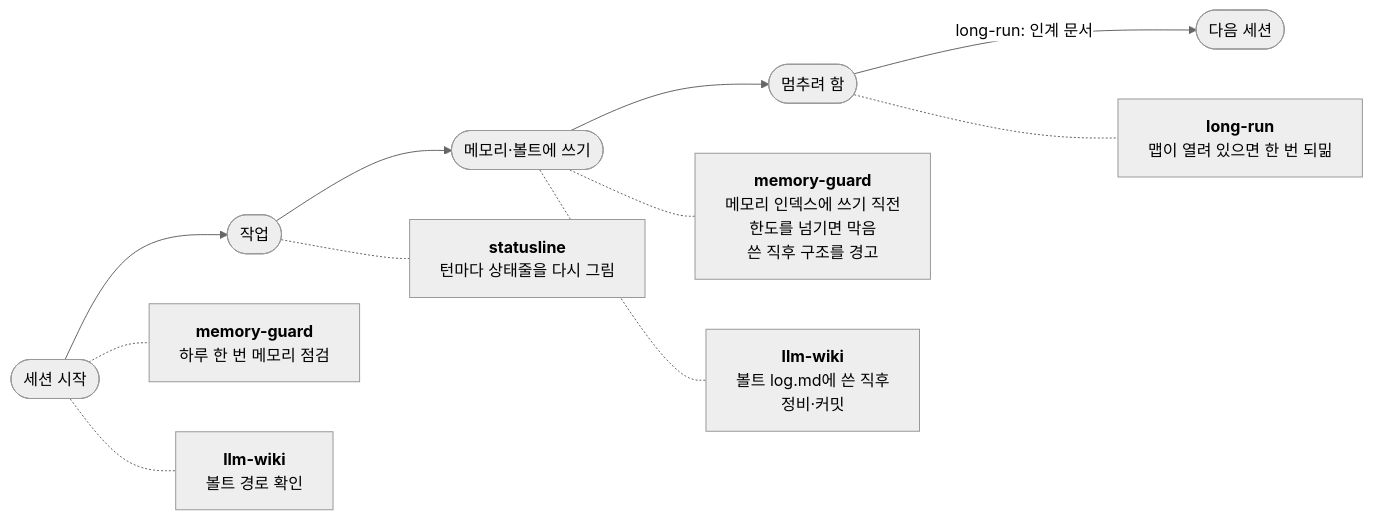
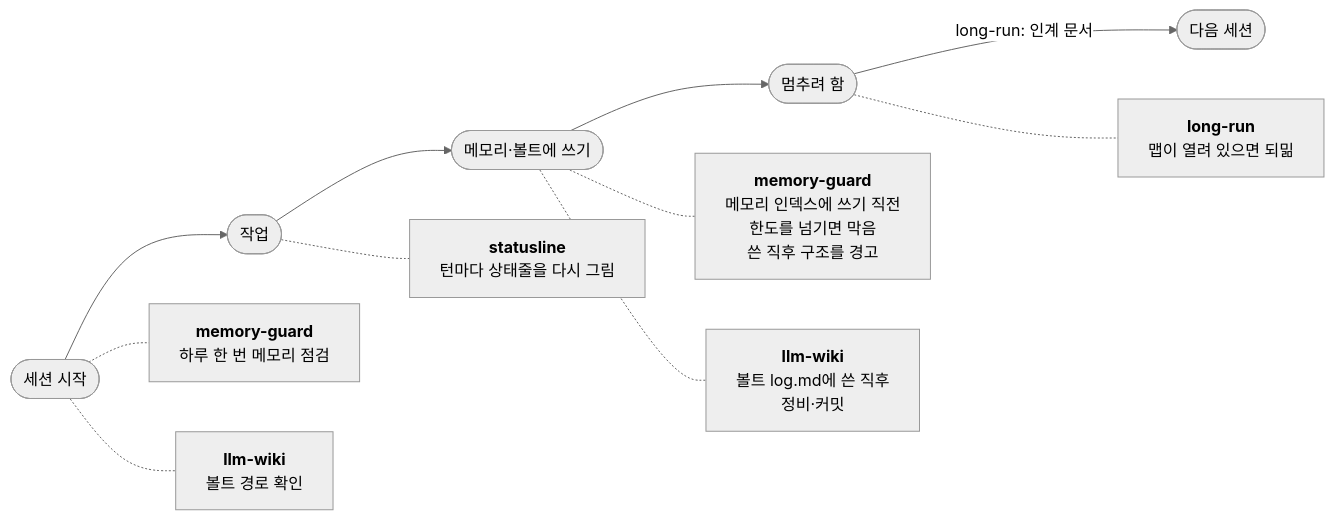
Before and after one commit to aydenden/cc-plugins: the diagram in README.md, drawn with Mermaid (neutral theme). The commit also changed other lines of this file and 19 other files, not shown here.

First line of the commit message:
feat(long-run): 0.12.0 — 되밂 누락을 고치고 답 없는 질문의 진행을 막으며 맵 위임을 싣는다

````diff
--- a/README.md
+++ b/README.md
@@ -48,12 +48,12 @@
 ```mermaid
 flowchart LR
   S(["세션 시작"]) --> W(["작업"]) --> F(["메모리·볼트에 쓰기"]) --> P(["멈추려 함"])
   P -- "long-run: 인계 문서" --> N(["다음 세션"])
 
   S -.- S1["<b>memory-guard</b><br/>하루 한 번 메모리 점검"]
   S -.- S2["<b>llm-wiki</b><br/>볼트 경로 확인"]
   W -.- W1["<b>statusline</b><br/>턴마다 상태줄을 다시 그림"]
   F -.- F1["<b>memory-guard</b><br/>메모리 인덱스에 쓰기 직전<br/>한도를 넘기면 막음<br/>쓴 직후 구조를 경고"]
   F -.- F2["<b>llm-wiki</b><br/>볼트 log.md에 쓴 직후<br/>정비·커밋"]
-  P -.- P1["<b>long-run</b><br/>맵이 열려 있으면 한 번 되밂"]
+  P -.- P1["<b>long-run</b><br/>맵이 열려 있으면 되밂"]
 ```
````
